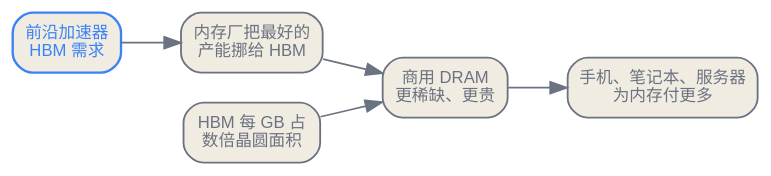
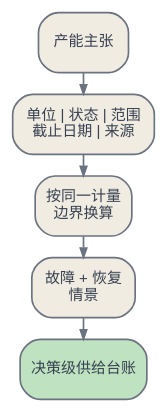
Before and after one commit to latere-ai/ai-as-an-infrastructure: the fourth of 4 diagrams in zh/infrastructure/06-making-the-silicon.qmd, drawn with Graphviz. The commit also changed other lines of this file and 3 other files, not shown here.

````diff
--- a/zh/infrastructure/06-making-the-silicon.qmd
+++ b/zh/infrastructure/06-making-the-silicon.qmd
@@ -52,20 +205,17 @@
 ```{dot}
-//| label: fig-making-silicon-cannibalize
-//| fig-cap: "内存超级周期是一条传导到数据中心之外的下层约束。HBM 的晶圆面积溢价，加上内存厂的产能转移，意味着一块前沿加速器的需求会推高一部毫不相干的手机里的内存价格，把 AI 算力和所有计算耦在一起。"
-digraph cannibalize {
-  rankdir=LR;
+//| label: fig-making-silicon-evidence
+//| fig-cap: "从公开主张走向决策级供给记录的证据路径。缺少的元数据会成为明确的不确定性，而不是被藏在虚假的精度里。"
+digraph evidence {
   bgcolor="transparent";
-  node [shape=box, style="rounded,filled", fontname="Helvetica", fontsize=10, color="#6b7280", fontcolor="#6b7280", fillcolor="#f1ece1", penwidth=1.1];
-  edge [color="#6b7280", fontcolor="#6b7280", fontsize=9];
-
-  demand [label="前沿加速器\nHBM 需求", color="#3b82f6", fontcolor="#3b82f6", penwidth=1.4];
-  shift  [label="内存厂把最好的\n产能挪给 HBM"];
-  area   [label="HBM 每 GB 占\n数倍晶圆面积"];
-  scarce [label="商用 DRAM\n更稀缺、更贵"];
-  cons   [label="手机、笔记本、服务器\n为内存付更多"];
-
-  demand -> shift -> scarce;
-  area -> scarce;
-  scarce -> cons;
+  rankdir=TB;
+  nodesep=0.12; ranksep=0.18;
+  node [shape=box, style="rounded,filled", fontname="Helvetica", fontsize=9, margin="0.08,0.04", color="#6b7280", fontcolor="#374151", fillcolor="#f1ece1"];
+  edge [color="#6b7280", arrowsize=0.55];
+  claim [label="产能主张"];
+  meta [label="单位 | 状态 | 范围\n截止日期 | 来源"];
+  reconcile [label="按同一计量\n边界换算"];
+  scenario [label="故障 + 恢复\n情景"];
+  decision [label="决策级供给台账", fillcolor="#bfe3c0"];
+  claim -> meta -> reconcile -> scenario -> decision;
 }
 ```
````
